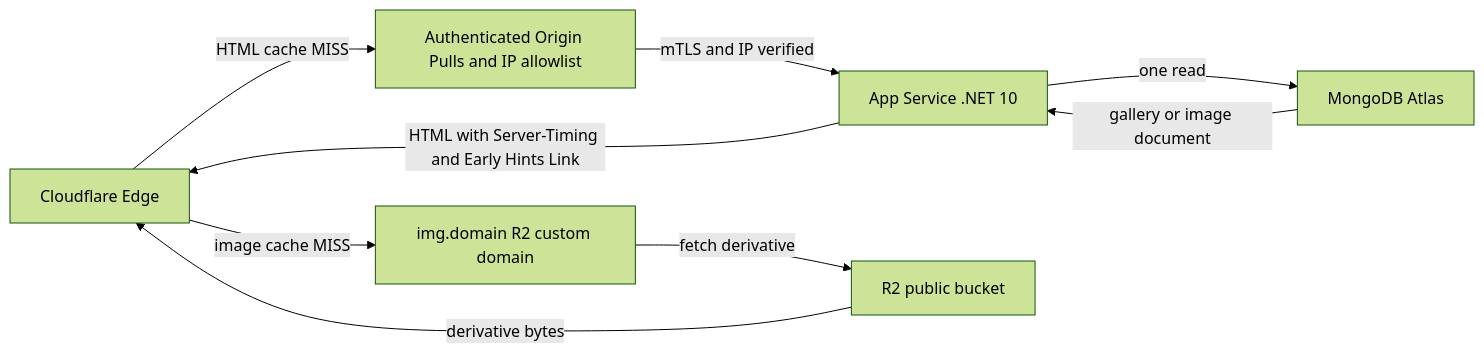
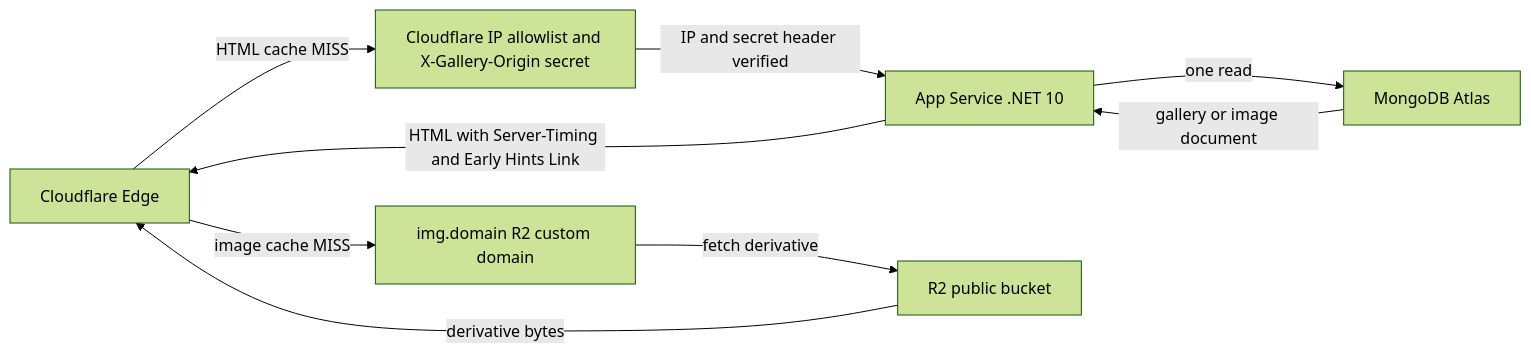
The second of 6 diagrams in docs/design.md (zzacal/port), drawn with Mermaid (forest theme) before and after one commit. The commit also changed other lines of this file and 13 other files, not shown here.

First line of the commit message:
docs(012): design record and roadmap updated for production (VII.2, T025-T026)

````diff
--- a/docs/design.md
+++ b/docs/design.md
@@ -286,18 +287,18 @@
 ```mermaid
 flowchart LR
   CFEdge["Cloudflare Edge"]
-  AOPGuard["Authenticated Origin Pulls and IP allowlist"]
+  OriginGuard["Cloudflare IP allowlist and X-Gallery-Origin secret"]
   AppSvc["App Service .NET 10"]
   Atlas["MongoDB Atlas"]
   ImgHost["img.domain R2 custom domain"]
   R2Public["R2 public bucket"]
 
-  CFEdge -->|"HTML cache MISS"| AOPGuard
-  AOPGuard -->|"mTLS and IP verified"| AppSvc
+  CFEdge -->|"HTML cache MISS"| OriginGuard
+  OriginGuard -->|"IP and secret header verified"| AppSvc
   AppSvc -->|"one read"| Atlas
   Atlas -->|"gallery or image document"| AppSvc
   AppSvc -->|"HTML with Server-Timing and Early Hints Link"| CFEdge
   CFEdge -->|"image cache MISS"| ImgHost
   ImgHost -->|"fetch derivative"| R2Public
   R2Public -->|"derivative bytes"| CFEdge
 ```
````
